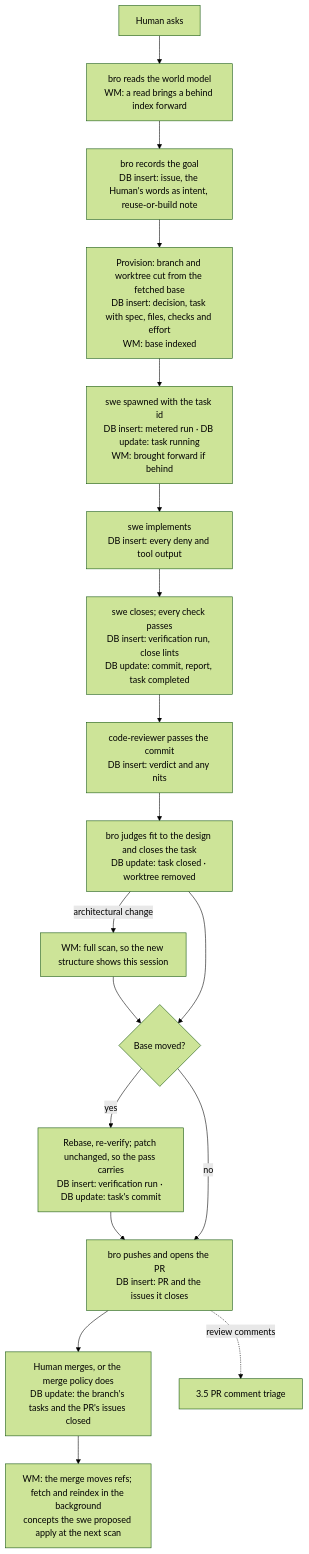
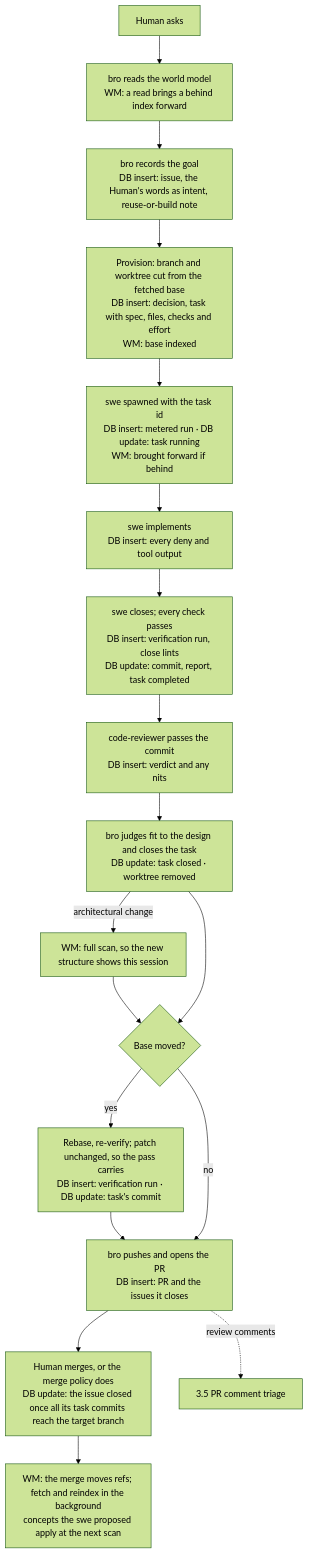
One commit to trustmybot/plugin changed the first of 5 diagrams in docs/architecture/TASKS.md. Above: the diagram before and after it, drawn with Mermaid (forest theme). The commit also changed other lines of this file and 14 other files, not shown here.

Commit message:
🐛 fix(tasks): close the issue at merge, not at task close (GH 3234)

````diff
--- a/docs/architecture/TASKS.md
+++ b/docs/architecture/TASKS.md
@@ -15,20 +15,20 @@
 ```mermaid
 flowchart TD
     A[Human asks] --> B["bro reads the world model<br/>WM: a read brings a behind index forward"]
     B --> C["bro records the goal<br/>DB insert: issue, the Human's words as intent, reuse-or-build note"]
     C --> D["Provision: branch and worktree cut from the fetched base<br/>DB insert: decision, task with spec, files, checks and effort<br/>WM: base indexed"]
     D --> E["swe spawned with the task id<br/>DB insert: metered run · DB update: task running<br/>WM: brought forward if behind"]
     E --> F["swe implements<br/>DB insert: every deny and tool output"]
     F --> G["swe closes; every check passes<br/>DB insert: verification run, close lints<br/>DB update: commit, report, task completed"]
     G --> H["code-reviewer passes the commit<br/>DB insert: verdict and any nits"]
     H --> I["bro judges fit to the design and closes the task<br/>DB update: task closed · worktree removed"]
     I -- architectural change --> I1["WM: full scan, so the new structure shows this session"]
     I1 --> J
     I --> J{Base moved?}
     J -- yes --> J1["Rebase, re-verify; patch unchanged, so the pass carries<br/>DB insert: verification run · DB update: task's commit"]
     J1 --> K
     J -- no --> K["bro pushes and opens the PR<br/>DB insert: PR and the issues it closes"]
-    K --> L["Human merges, or the merge policy does<br/>DB update: the branch's tasks and the PR's issues closed"]
+    K --> L["Human merges, or the merge policy does<br/>DB update: the issue closed once all its task commits reach the target branch"]
     L --> M["WM: the merge moves refs; fetch and reindex in the background<br/>concepts the swe proposed apply at the next scan"]
     K -. review comments .-> T[3.5 PR comment triage]
 ```
````
